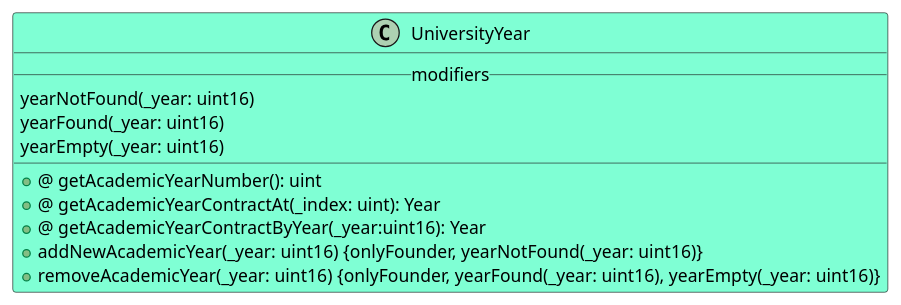
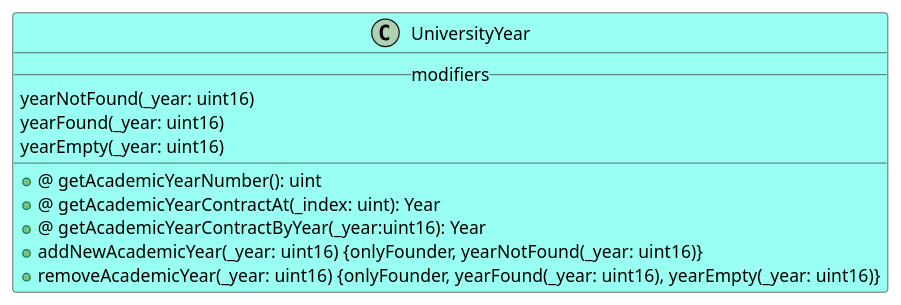
Before and after one commit to M9k/Marvin-Uml: the diagram in Solidity/Contracts/UniversityYear.iuml, drawn with PlantUML. The commit also changed 9 other files, not shown here.

```diff
--- a/Solidity/Contracts/UniversityYear.iuml
+++ b/Solidity/Contracts/UniversityYear.iuml
@@ -1,15 +1,15 @@
 @startuml
 
-class UniversityYear #AquaMarine {
+class UniversityYear #99FFF3 {
 __modifiers__
 yearNotFound(_year: uint16)
 yearFound(_year: uint16)
 yearEmpty(_year: uint16)
 __
 +@ getAcademicYearNumber(): uint
 +@ getAcademicYearContractAt(_index: uint): Year
 +@ getAcademicYearContractByYear(_year:uint16): Year
 + addNewAcademicYear(_year: uint16) {onlyFounder, yearNotFound(_year: uint16)}
 + removeAcademicYear(_year: uint16) {onlyFounder, yearFound(_year: uint16), yearEmpty(_year: uint16)}
 }
 @enduml
```
